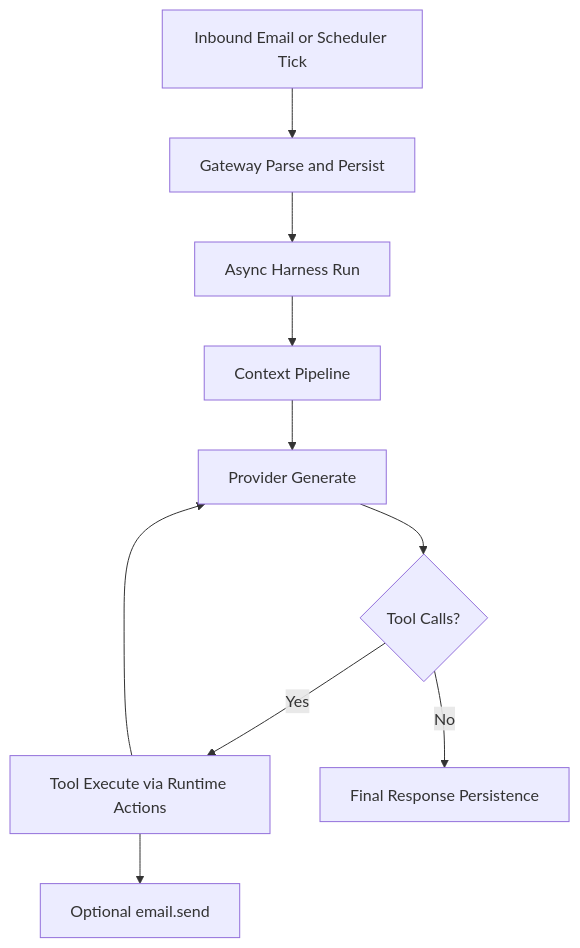
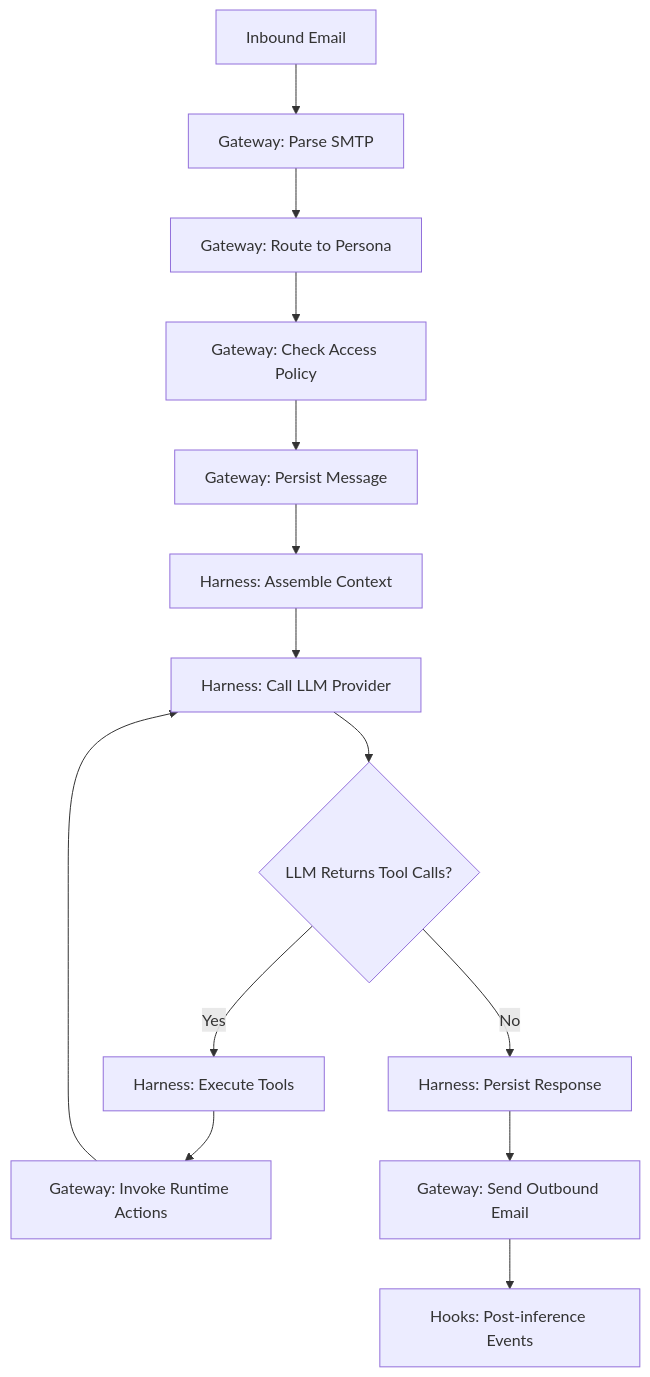
One commit to sebscholl/protege changed the diagram in site/internal-architecture/index.md. Above: the diagram before and after it, drawn with Mermaid. The commit also changed other lines of this file and 100 other files, not shown here.

````diff
--- a/site/internal-architecture/index.md
+++ b/site/internal-architecture/index.md
@@ -15,12 +48,16 @@
 ```mermaid
 flowchart TD
-    A[Inbound Email or Scheduler Tick] --> B[Gateway Parse and Persist]
-    B --> C[Async Harness Run]
-    C --> D[Context Pipeline]
-    D --> E[Provider Generate]
-    E --> F{Tool Calls?}
-    F -- Yes --> G[Tool Execute via Runtime Actions]
-    G --> E
-    F -- No --> H[Final Response Persistence]
-    G --> I[Optional email.send]
+    A[Inbound Email] --> B[Gateway: Parse SMTP]
+    B --> C[Gateway: Route to Persona]
+    C --> D[Gateway: Check Access Policy]
+    D --> E[Gateway: Persist Message]
+    E --> F[Harness: Assemble Context]
+    F --> G[Harness: Call LLM Provider]
+    G --> H{LLM Returns Tool Calls?}
+    H -- Yes --> I[Harness: Execute Tools]
+    I --> J[Gateway: Invoke Runtime Actions]
+    J --> G
+    H -- No --> K[Harness: Persist Response]
+    K --> L[Gateway: Send Outbound Email]
+    L --> M[Hooks: Post-inference Events]
 ```
````
